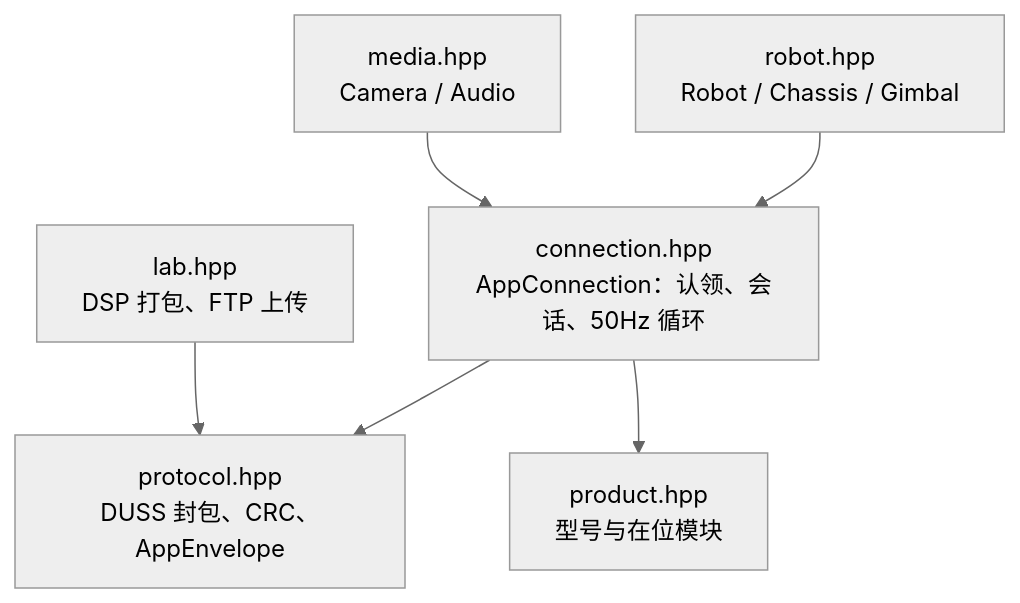
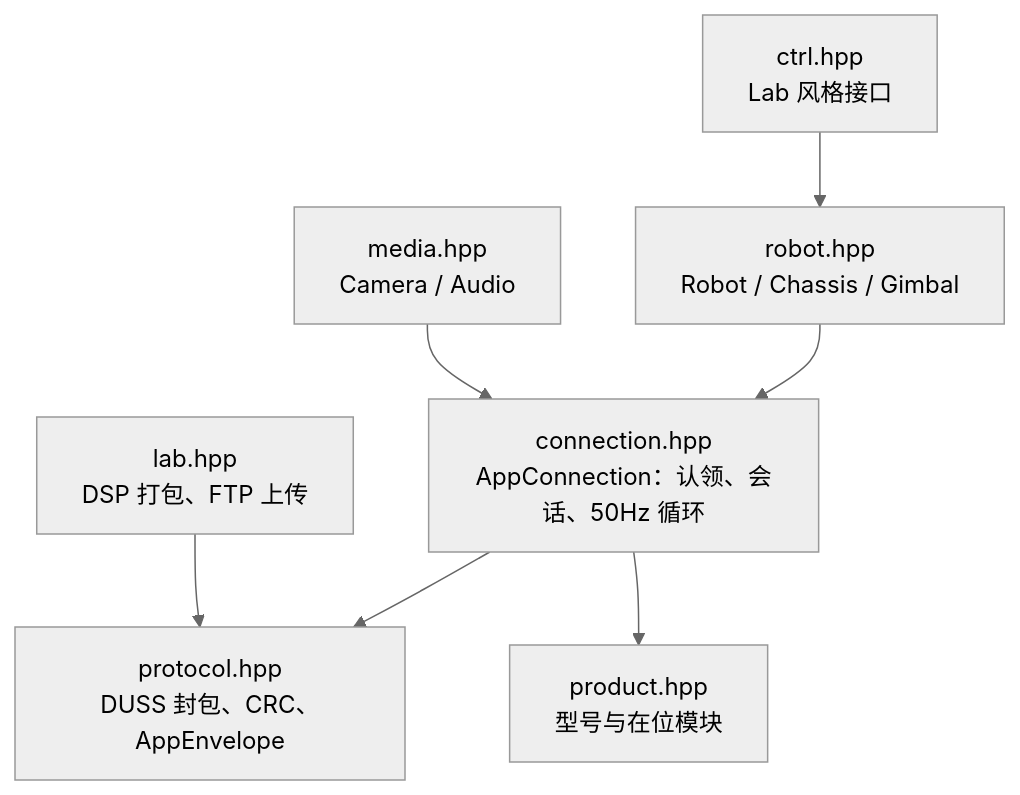
Before and after one commit to ggyy0124-cell/hanppie: the diagram in cpp/README.md, drawn with Mermaid (neutral theme). The commit also changed other lines of this file and 8 other files, not shown here.

````diff
--- a/cpp/README.md
+++ b/cpp/README.md
@@ -69,8 +112,9 @@
 ```mermaid
 flowchart TD
     R["robot.hpp<br/>Robot / Chassis / Gimbal"] --> C["connection.hpp<br/>AppConnection：认领、会话、50Hz 循环"]
     M["media.hpp<br/>Camera / Audio"] --> C
     C --> P["protocol.hpp<br/>DUSS 封包、CRC、AppEnvelope"]
     C --> PR["product.hpp<br/>型号与在位模块"]
     L["lab.hpp<br/>DSP 打包、FTP 上传"] --> P
+    LC["ctrl.hpp<br/>Lab 风格接口"] --> R
 ```
````
